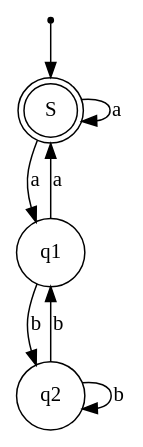
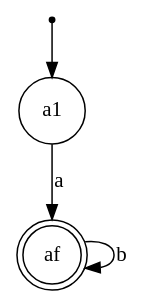
One commit to Caramelo18/COMP-Project changed the diagram in A.dot. Above: the diagram before and after it, drawn with Graphviz. The commit also changed 5 other files, not shown here.

```diff
--- a/A.dot
+++ b/A.dot
@@ -1,14 +1,9 @@
 digraph finite_state_machine {
-
-    node [shape = doublecircle]; S;
-    node [shape = point ]; qi;
+    node [shape = doublecircle]; af;
+    node [shape = point ]; ai;
 
     node [shape = circle];
-    qi -> S;
-    S  -> q1 [ label = "a" ];
-    S  -> S  [ label = "a" ];
-    q1 -> S  [ label = "a" ];
-    q1 -> q2 [ label = "b" ];
-    q2 -> q1 [ label = "b" ];
-    q2 -> q2 [ label = "b" ];
+    ai -> a1;
+    a1 -> af [ label = "a" ];
+    af -> af  [ label = "b" ];
 }
```
